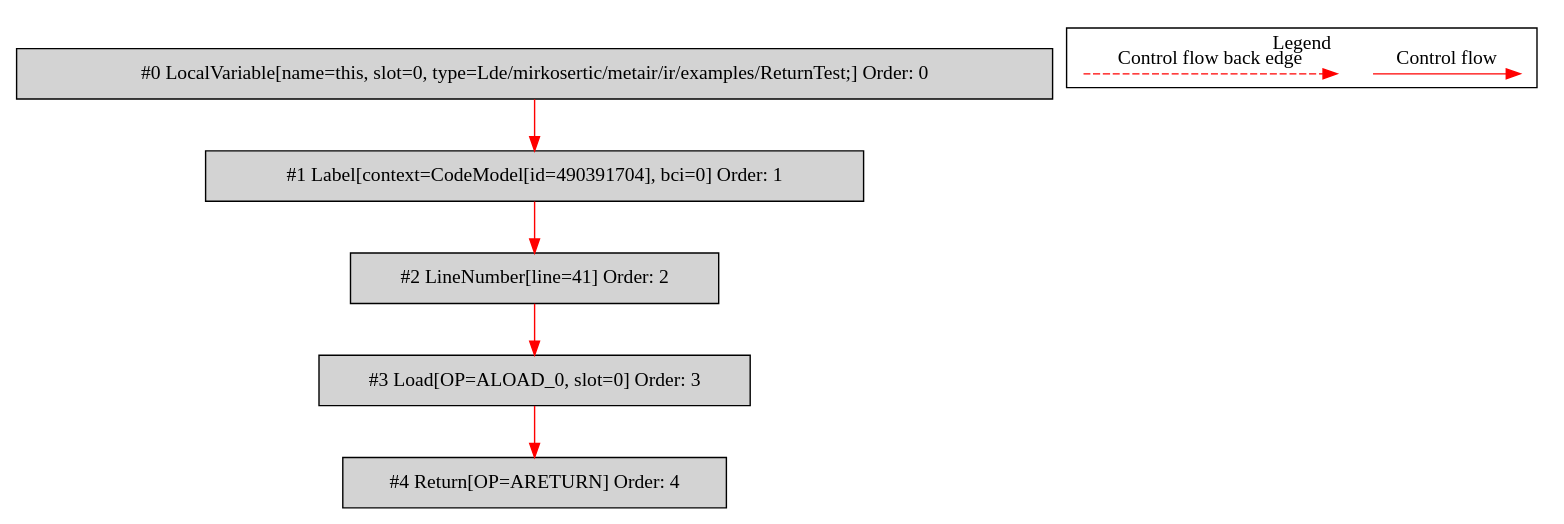
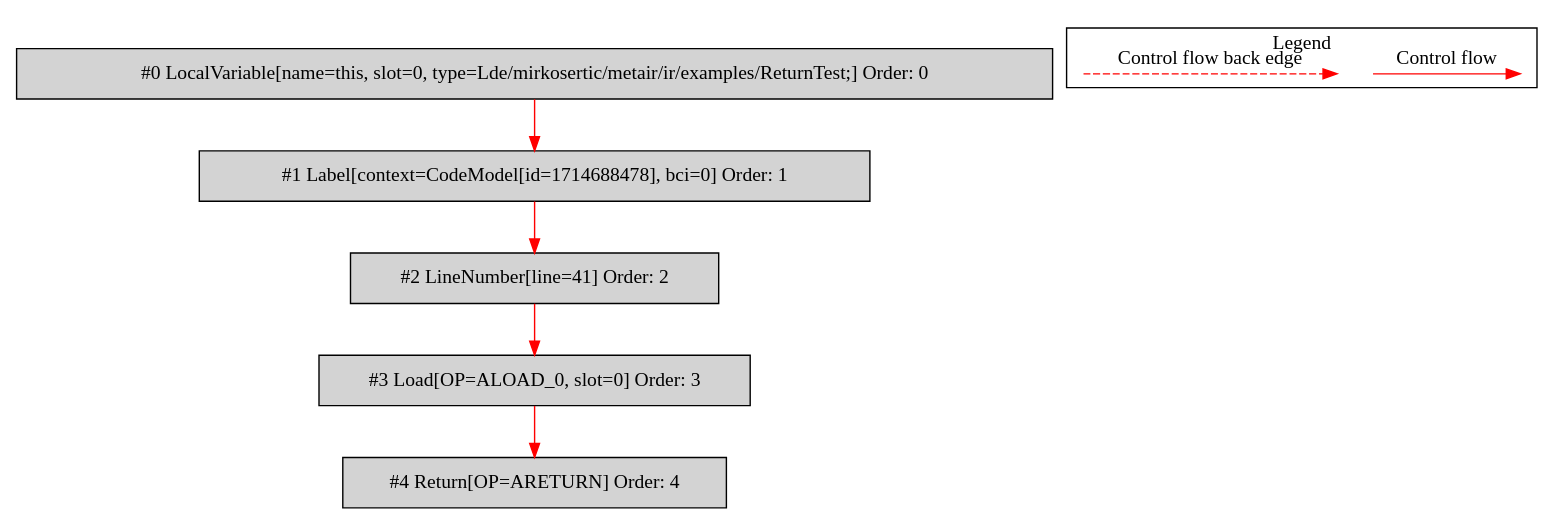
Before and after one commit to mirkosertic/MetaIR: the diagram in de.mirkosertic.metair.ir.examples.ReturnTest/returnObject/bytecodecfg.dot, drawn with Graphviz. The commit also changed 866 other files, not shown here.

```diff
--- a/de.mirkosertic.metair.ir.examples.ReturnTest/returnObject/bytecodecfg.dot
+++ b/de.mirkosertic.metair.ir.examples.ReturnTest/returnObject/bytecodecfg.dot
@@ -1,26 +1,26 @@
 digraph {
  ordering="in";
  node0[label="#0 LocalVariable[name=this, slot=0, type=Lde/mirkosertic/metair/ir/examples/ReturnTest;] Order: 0", shape=box, fillcolor=lightgrey, style=filled];
- node1[label="#1 Label[context=CodeModel[id=490391704], bci=0] Order: 1", shape=box, fillcolor=lightgrey, style=filled];
+ node1[label="#1 Label[context=CodeModel[id=1714688478], bci=0] Order: 1", shape=box, fillcolor=lightgrey, style=filled];
  node2[label="#2 LineNumber[line=41] Order: 2", shape=box, fillcolor=lightgrey, style=filled];
  node3[label="#3 Load[OP=ALOAD_0, slot=0] Order: 3", shape=box, fillcolor=lightgrey, style=filled];
  node4[label="#4 Return[OP=ARETURN] Order: 4", shape=box, fillcolor=lightgrey, style=filled];
  node0 -> node1[color=red];
  node1 -> node2[color=red];
  node2 -> node3[color=red];
  node3 -> node4[color=red];
  subgraph cluster_000 {
   label = "Legend";
   node [shape=point]
   {
    rank=same;
    c0 [style = invis];
    c1 [style = invis];
    c2 [style = invis];
    c3 [style = invis];
   }
   c0 -> c1 [label="Control flow", style=solid, color=red]
   c2 -> c3 [label="Control flow back edge", style=dashed, color=red]
  }
 
 }
```
